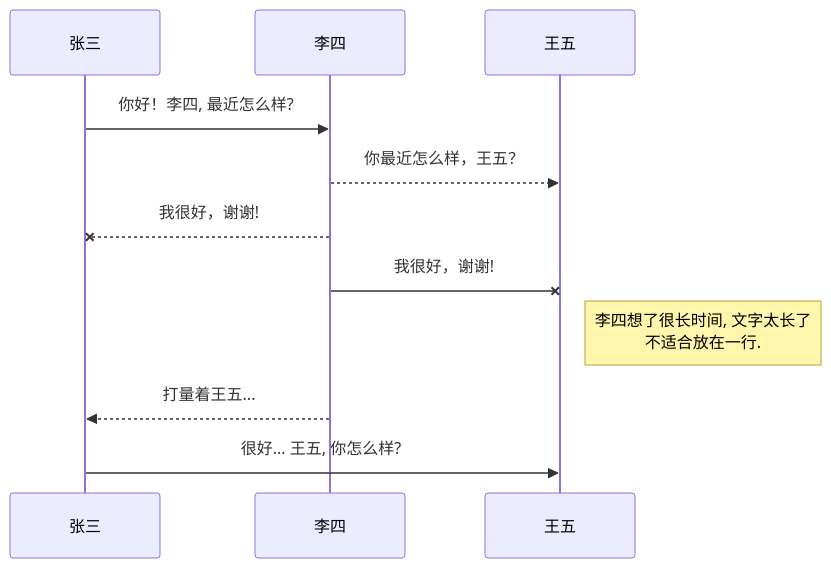
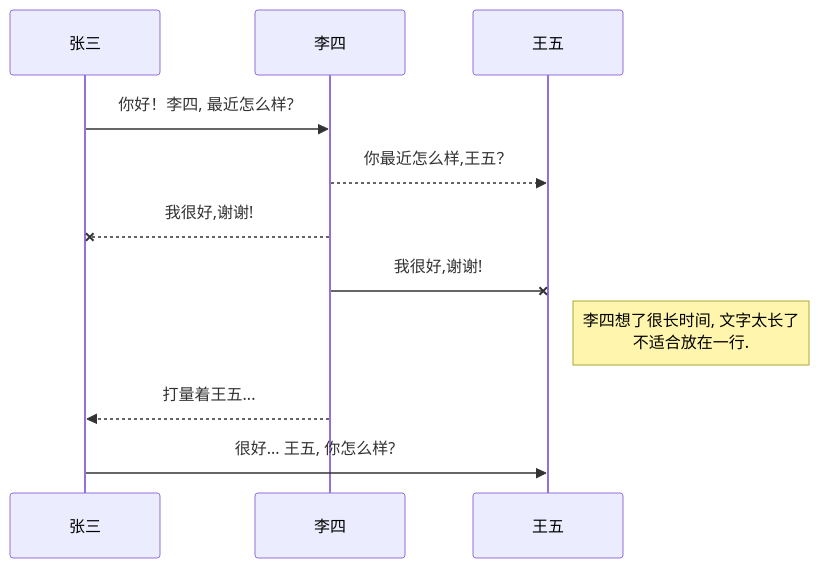
The second of 4 diagrams in _posts/2019-05-13-Hello-world.md (afterCommit/afterCommit.github.io), drawn with Mermaid before and after one commit. The commit also changed other lines of this file and 101 other files, not shown here.

````diff
--- a/_posts/2019-05-13-Hello-world.md
+++ b/_posts/2019-05-13-Hello-world.md
@@ -251,11 +251,11 @@
 ```mermaid
 sequenceDiagram
 张三 ->> 李四: 你好！李四, 最近怎么样?
-李四-->>王五: 你最近怎么样，王五？
-李四--x 张三: 我很好，谢谢!
-李四-x 王五: 我很好，谢谢!
+李四-->>王五: 你最近怎么样,王五？
+李四--x 张三: 我很好,谢谢!
+李四-x 王五: 我很好,谢谢!
 Note right of 王五: 李四想了很长时间, 文字太长了<br/>不适合放在一行.
 
 李四-->>张三: 打量着王五...
 张三->>王五: 很好... 王五, 你怎么样?
 ```
````
